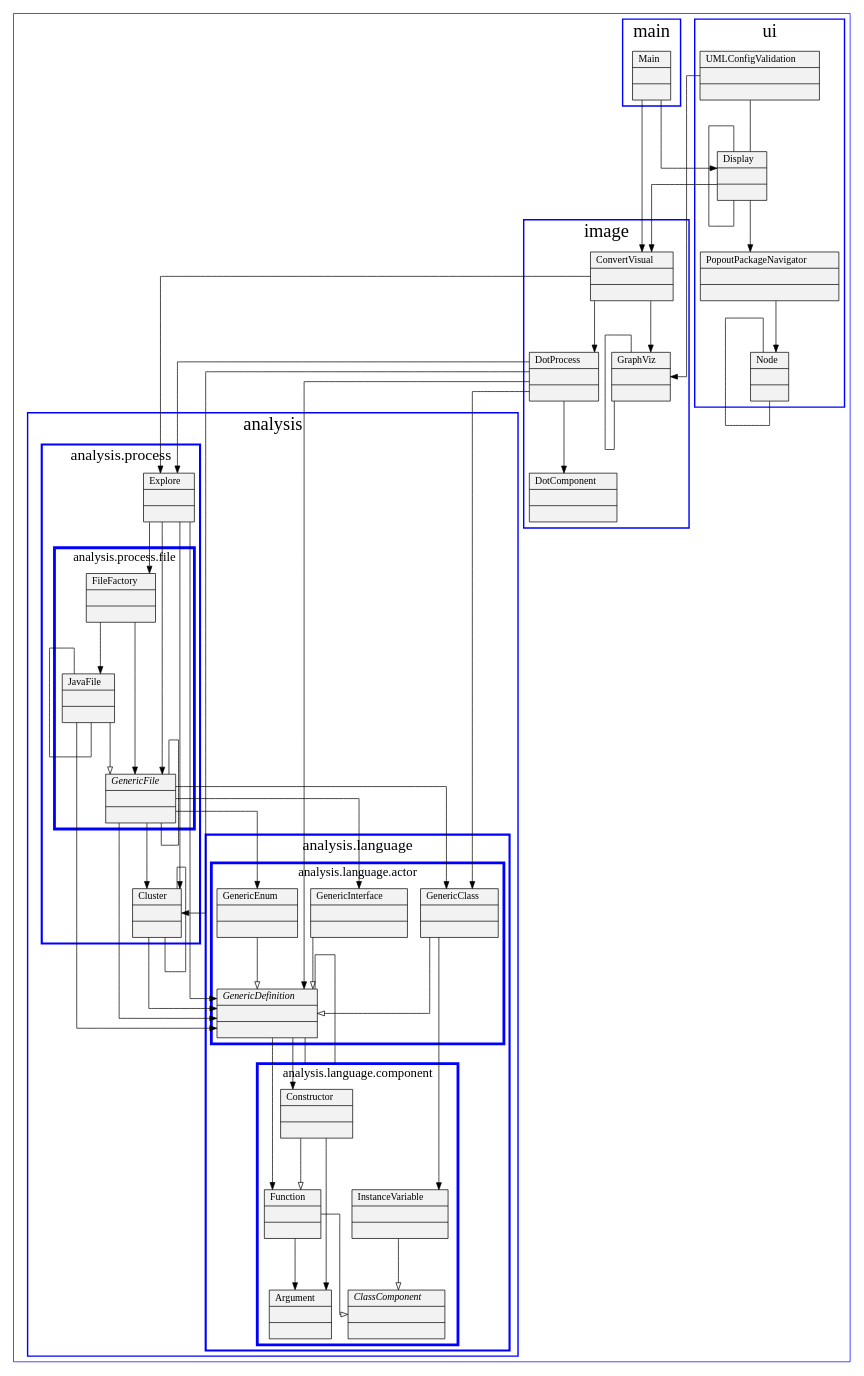
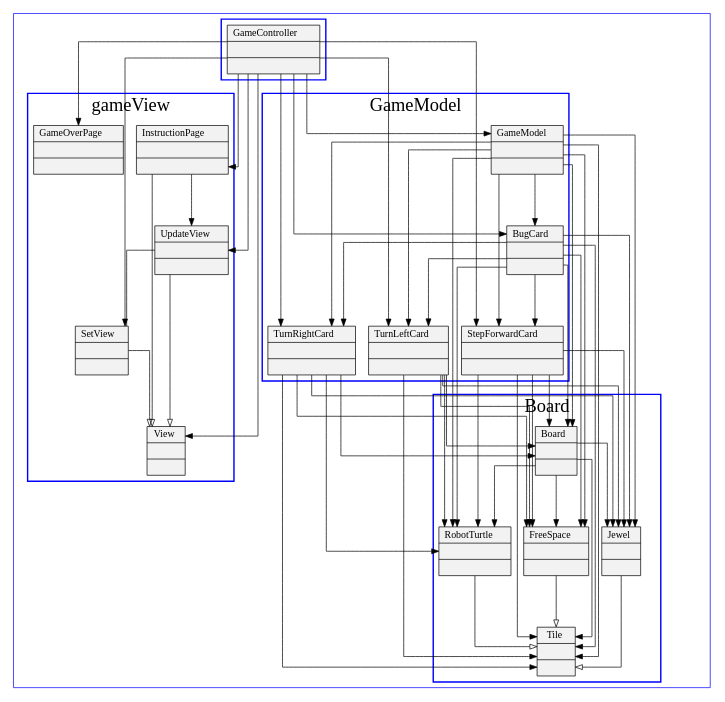
The diagram in dotsource.dot (Reithger/Project-Diagram-Generator), drawn with Graphviz before and after one commit. The commit also changed 12 other files, not shown here.

Commit message:
Forgot to assign GenericDefinition for new GenericFile constructor and fixed regex bug for removing Strings

```diff
--- a/dotsource.dot
+++ b/dotsource.dot
@@ -1,151 +1,119 @@
 digraph G {
 	node[shape=record,style=filled,fillcolor=gray95];
 	edge[concentrate=true];
 	graph[splines = ortho, ranksep = 1, ratio = fill, color=blue];
 	rankdir = TB;
 
-	n0 [label = <{Function||}>];
-	n1 [label = <{JavaFile||}>];
-	n2 [label = <{ConvertVisual||}>];
-	n3 [label = <{PopoutPackageNavigator||}>];
-	n4 [label = <{UMLConfigValidation||}>];
-	n5 [label = <{InstanceVariable||}>];
-	n6 [label = <{Cluster||}>];
-	n7 [label = <{DotProcess||}>];
-	n8 [label = <{GenericInterface||}>];
-	n9 [label = <{Argument||}>];
-	n10 [label = <{DotComponent||}>];
-	n11 [label = <{<i>GenericFile</i>||}>];
-	n12 [label = <{Display||}>];
-	n13 [label = <{Constructor||}>];
-	n14 [label = <{GraphViz||}>];
-	n15 [label = <{GenericEnum||}>];
-	n16 [label = <{GenericClass||}>];
-	n17 [label = <{<i>ClassComponent</i>||}>];
-	n18 [label = <{FileFactory||}>];
-	n19 [label = <{Main||}>];
-	n20 [label = <{Node||}>];
-	n21 [label = <{<i>GenericDefinition</i>||}>];
-	n22 [label = <{Explore||}>];
+	n0 [label = <{StepForwardCard||}>];
+	n1 [label = <{Tile||}>];
+	n2 [label = <{GameController||}>];
+	n3 [label = <{View||}>];
+	n4 [label = <{Board||}>];
+	n5 [label = <{RobotTurtle||}>];
+	n6 [label = <{TurnLeftCard||}>];
+	n7 [label = <{TurnRightCard||}>];
+	n8 [label = <{InstructionPage||}>];
+	n9 [label = <{GameOverPage||}>];
+	n10 [label = <{FreeSpace||}>];
+	n11 [label = <{GameModel||}>];
+	n12 [label = <{UpdateView||}>];
+	n13 [label = <{SetView||}>];
+	n14 [label = <{Jewel||}>];
+	n15 [label = <{BugCard||}>];
 	subgraph cluster_{
 		label = "";
 		fontsize = 30;
 		penwidth = 1;
-		subgraph cluster_analysis{
-			label = "analysis";
-			fontsize = 26;
-			penwidth = 2;
-			subgraph cluster_analysis_language{
-				label = "analysis.language";
-				fontsize = 22;
-				penwidth = 3;
-				subgraph cluster_analysis_language_actor{
-					label = "analysis.language.actor";
-					fontsize = 18;
-					penwidth = 4;
-					n21;
-					n15;
-					n16;
-					n8;
-				}
-				subgraph cluster_analysis_language_component{
-					label = "analysis.language.component";
-					fontsize = 18;
-					penwidth = 4;
-					n13;
-					n0;
-					n5;
-					n9;
-					n17;
-				}
-			}
-			subgraph cluster_analysis_process{
-				label = "analysis.process";
-				fontsize = 22;
-				penwidth = 3;
-				n6;
-				n22;
-				subgraph cluster_analysis_process_file{
-					label = "analysis.process.file";
-					fontsize = 18;
-					penwidth = 4;
-					n1;
-					n18;
-					n11;
-				}
-			}
-		}
-		subgraph cluster_image{
-			label = "image";
+		subgraph cluster_Board{
+			label = "Board";
 			fontsize = 26;
 			penwidth = 2;
 			n10;
-			n7;
 			n14;
+			n1;
+			n4;
+			n5;
+		}
+		subgraph cluster_{
+			label = "";
+			fontsize = 26;
+			penwidth = 2;
 			n2;
 		}
-		subgraph cluster_main{
-			label = "main";
+		subgraph cluster_GameModel{
+			label = "GameModel";
 			fontsize = 26;
 			penwidth = 2;
-			n19;
+			n15;
+			n11;
+			n6;
+			n7;
+			n0;
 		}
-		subgraph cluster_ui{
-			label = "ui";
+		subgraph cluster_gameView{
+			label = "gameView";
 			fontsize = 26;
 			penwidth = 2;
+			n13;
 			n3;
-			n4;
+			n9;
 			n12;
-			n20;
+			n8;
 		}
 	}
-	n0 -> n17[arrowhead=onormal];
-	n0 -> n9[arrowhead=normal];
-	n1 -> n11[arrowhead=onormal];
-	n1 -> n21[arrowhead=normal];
-	n1 -> n1[arrowhead=none];
-	n2 -> n22[arrowhead=normal];
+	n0 -> n1[arrowhead=normal];
+	n0 -> n4[arrowhead=normal];
+	n0 -> n5[arrowhead=normal];
+	n0 -> n10[arrowhead=normal];
+	n0 -> n14[arrowhead=normal];
+	n2 -> n0[arrowhead=normal];
+	n2 -> n6[arrowhead=normal];
 	n2 -> n7[arrowhead=normal];
-	n2 -> n14[arrowhead=normal];
-	n3 -> n20[arrowhead=normal];
+	n2 -> n11[arrowhead=normal];
+	n2 -> n15[arrowhead=normal];
+	n2 -> n3[arrowhead=normal];
+	n2 -> n8[arrowhead=normal];
+	n2 -> n9[arrowhead=normal];
+	n2 -> n12[arrowhead=normal];
+	n2 -> n13[arrowhead=normal];
+	n4 -> n1[arrowhead=normal];
+	n4 -> n5[arrowhead=normal];
 	n4 -> n14[arrowhead=normal];
-	n4 -> n12[arrowhead=none];
-	n5 -> n17[arrowhead=onormal];
-	n6 -> n21[arrowhead=normal];
-	n6 -> n6[arrowhead=none];
-	n7 -> n16[arrowhead=normal];
-	n7 -> n21[arrowhead=normal];
-	n7 -> n6[arrowhead=normal];
-	n7 -> n22[arrowhead=normal];
+	n4 -> n10[arrowhead=normal];
+	n5 -> n1[arrowhead=onormal];
+	n6 -> n1[arrowhead=normal];
+	n6 -> n4[arrowhead=normal];
+	n6 -> n5[arrowhead=normal];
+	n6 -> n10[arrowhead=normal];
+	n6 -> n14[arrowhead=normal];
+	n7 -> n1[arrowhead=normal];
+	n7 -> n4[arrowhead=normal];
+	n7 -> n5[arrowhead=normal];
 	n7 -> n10[arrowhead=normal];
-	n8 -> n21[arrowhead=onormal];
-	n11 -> n16[arrowhead=normal];
-	n11 -> n21[arrowhead=normal];
+	n7 -> n14[arrowhead=normal];
+	n8 -> n3[arrowhead=onormal];
+	n8 -> n12[arrowhead=normal];
+	n10 -> n1[arrowhead=onormal];
+	n11 -> n1[arrowhead=normal];
+	n11 -> n4[arrowhead=normal];
+	n11 -> n5[arrowhead=normal];
+	n11 -> n10[arrowhead=normal];
+	n11 -> n14[arrowhead=normal];
 	n11 -> n15[arrowhead=normal];
-	n11 -> n8[arrowhead=normal];
+	n11 -> n0[arrowhead=normal];
 	n11 -> n6[arrowhead=normal];
-	n11 -> n11[arrowhead=none];
-	n12 -> n2[arrowhead=normal];
-	n12 -> n3[arrowhead=normal];
-	n12 -> n12[arrowhead=none];
-	n13 -> n0[arrowhead=onormal];
-	n13 -> n9[arrowhead=normal];
-	n14 -> n14[arrowhead=none];
-	n15 -> n21[arrowhead=onormal];
-	n16 -> n21[arrowhead=onormal];
-	n16 -> n5[arrowhead=normal];
-	n18 -> n11[arrowhead=normal];
-	n18 -> n1[arrowhead=normal];
-	n19 -> n2[arrowhead=normal];
-	n19 -> n12[arrowhead=normal];
-	n20 -> n20[arrowhead=none];
-	n21 -> n13[arrowhead=normal];
-	n21 -> n0[arrowhead=normal];
-	n21 -> n21[arrowhead=none];
-	n22 -> n21[arrowhead=normal];
-	n22 -> n18[arrowhead=normal];
-	n22 -> n11[arrowhead=normal];
-	n22 -> n6[arrowhead=normal];
+	n11 -> n7[arrowhead=normal];
+	n12 -> n3[arrowhead=onormal];
+	n12 -> n13[arrowhead=none];
+	n13 -> n3[arrowhead=onormal];
+	n14 -> n1[arrowhead=onormal];
+	n15 -> n1[arrowhead=normal];
+	n15 -> n4[arrowhead=normal];
+	n15 -> n5[arrowhead=normal];
+	n15 -> n10[arrowhead=normal];
+	n15 -> n14[arrowhead=normal];
+	n15 -> n6[arrowhead=normal];
+	n15 -> n0[arrowhead=normal];
+	n15 -> n7[arrowhead=normal];
 
 }
```
